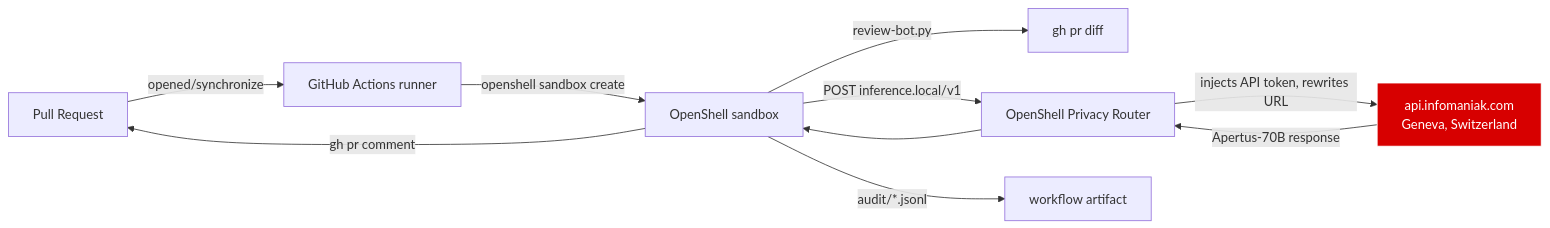
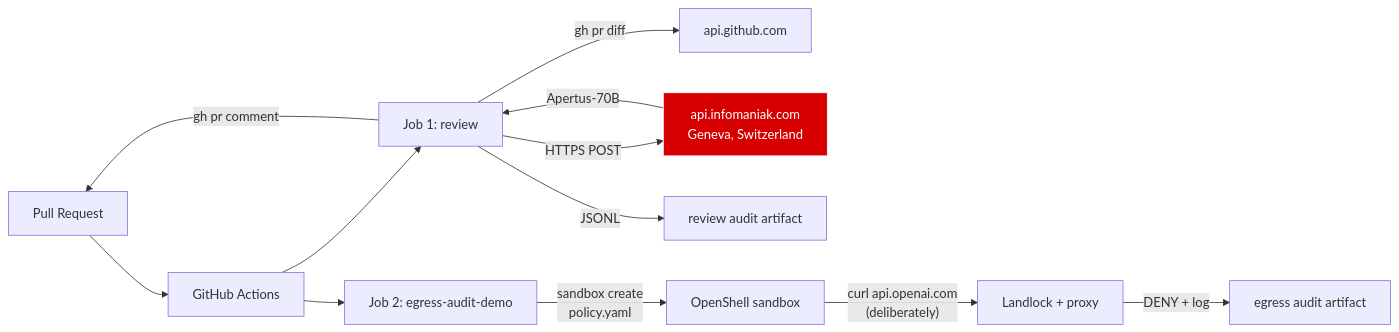
One commit to MehmetGoekce/openshell-infomaniak-demo changed the diagram in README.md. Above: the diagram before and after it, drawn with Mermaid. The commit also changed other lines of this file and 2 other files, not shown here.

First line of the commit message:
refactor: split workflow + env-driven reviewer + truthful comment footer

````diff
--- a/README.md
+++ b/README.md
@@ -19,15 +21,19 @@
 ```mermaid
 graph LR
-  PR[Pull Request] -->|opened/synchronize| GA[GitHub Actions runner]
-  GA -->|openshell sandbox create| SB[OpenShell sandbox]
-  SB -->|review-bot.py| PR_DIFF[gh pr diff]
-  SB -->|"POST inference.local/v1"| PROXY[OpenShell Privacy Router]
-  PROXY -->|"injects API token, rewrites URL"| INFO["api.infomaniak.com<br/>Geneva, Switzerland"]
-  INFO -->|"Apertus-70B response"| PROXY
-  PROXY --> SB
-  SB -->|"gh pr comment"| PR
-  SB -->|"audit/*.jsonl"| ART[workflow artifact]
+  PR[Pull Request] --> GA[GitHub Actions]
+  GA --> J1[Job 1: review]
+  GA --> J2[Job 2: egress-audit-demo]
+
+  J1 -->|gh pr diff| GH1[api.github.com]
+  J1 -->|HTTPS POST| INFO["api.infomaniak.com<br/>Geneva, Switzerland"]
+  INFO -->|Apertus-70B| J1
+  J1 -->|gh pr comment| PR
+  J1 -->|JSONL| ART1[review audit artifact]
+
+  J2 -->|"sandbox create<br/>policy.yaml"| SB[OpenShell sandbox]
+  SB -->|"curl api.openai.com<br/>(deliberately)"| LL[Landlock + proxy]
+  LL -->|DENY + log| ART2[egress audit artifact]
 
   classDef ch fill:#d70000,color:#fff,stroke:#fff
   class INFO ch
 ```
````
